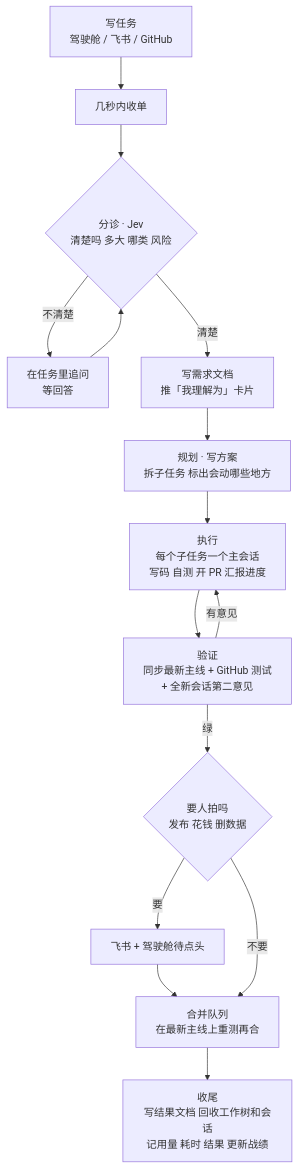
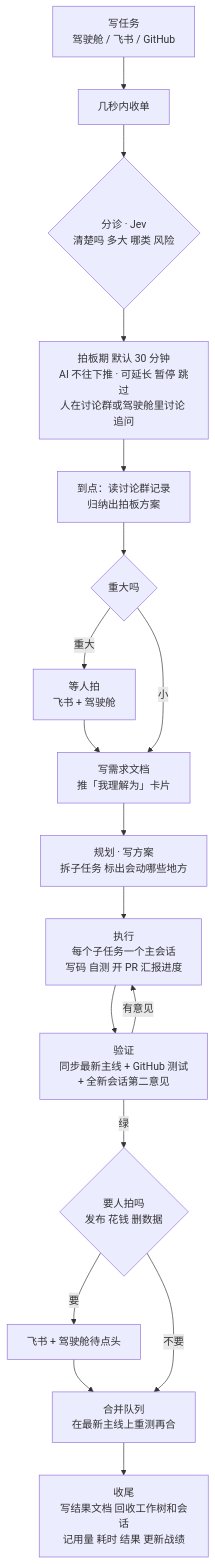
One commit to thoerwink8/fleet-dao changed the second of 2 diagrams in docs/design.md. Above: the diagram before and after it, drawn with Mermaid. The commit also changed other lines of this file and 1 other file, not shown here.

Commit message:
docs(design,plan): 需求拍板期（默认 30 分钟、到点读讨论群归纳方案、重大人拍小的 AI 拍）与飞书需求讨论群（创始人 2026-09-25 拍）

````diff
--- a/docs/design.md
+++ b/docs/design.md
@@ -173,15 +173,18 @@
 ```mermaid
 flowchart TD
   N[写任务<br/>驾驶舱 / 飞书 / GitHub] --> R[几秒内收单]
   R --> TR{分诊 · Jev<br/>清楚吗 多大 哪类 风险}
-  TR -- 不清楚 --> Q[在任务里追问<br/>等回答] --> TR
-  TR -- 清楚 --> S[写需求文档<br/>推「我理解为」卡片]
+  TR --> W[拍板期 默认 30 分钟<br/>AI 不往下推 · 可延长 暂停 跳过<br/>人在讨论群或驾驶舱里讨论 追问]
+  W --> SUM[到点：读讨论群记录<br/>归纳出拍板方案]
+  SUM --> BIG{重大吗}
+  BIG -- 重大 --> HB[等人拍<br/>飞书 + 驾驶舱] --> S
+  BIG -- 小 --> S[写需求文档<br/>推「我理解为」卡片]
   S --> P[规划 · 写方案<br/>拆子任务 标出会动哪些地方]
   P --> X[执行<br/>每个子任务一个主会话<br/>写码 自测 开 PR 汇报进度]
   X --> V[验证<br/>同步最新主线 + GitHub 测试<br/>+ 全新会话第二意见]
   V -- 有意见 --> X
   V -- 绿 --> G{要人拍吗<br/>发布 花钱 删数据}
   G -- 要 --> HN[飞书 + 驾驶舱待点头] --> MQ
   G -- 不要 --> MQ[合并队列<br/>在最新主线上重测再合]
   MQ --> C[收尾<br/>写结果文档 回收工作树和会话<br/>记用量 耗时 结果 更新战绩]
 ```
````
